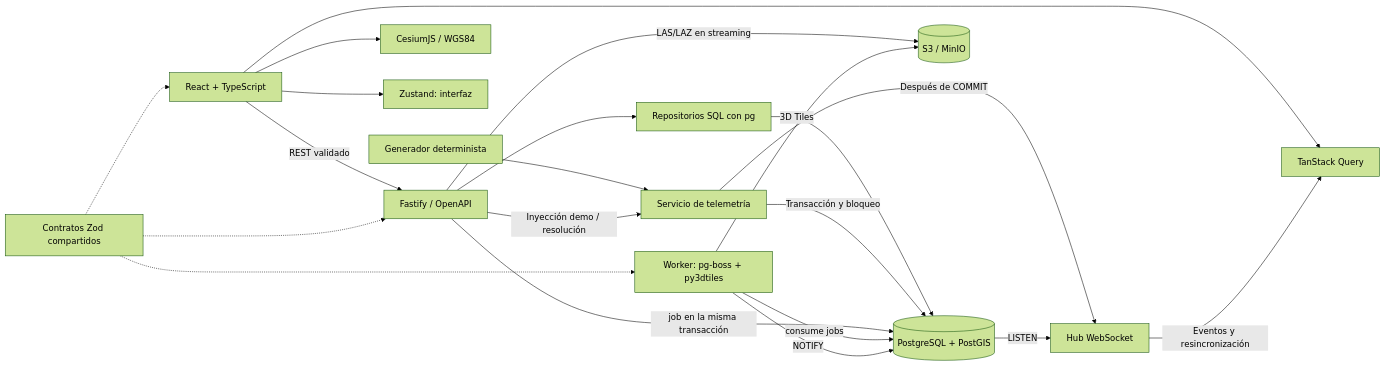
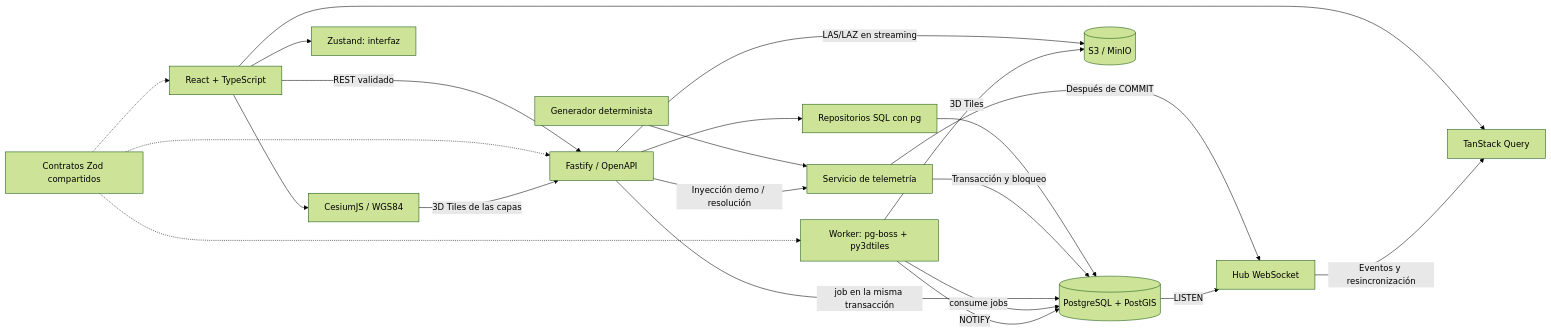
One commit to davidpalmerojara/geotwin changed the diagram in docs/architecture.md. Above: the diagram before and after it, drawn with Mermaid (forest theme). The commit also changed other lines of this file and 7 other files, not shown here.

````diff
--- a/docs/architecture.md
+++ b/docs/architecture.md
@@ -3,23 +3,24 @@
 ```mermaid
 flowchart LR
   Browser[React + TypeScript] -->|REST validado| API[Fastify / OpenAPI]
   Browser --> Cesium[CesiumJS / WGS84]
   Browser --> Query[TanStack Query]
   Browser --> UI[Zustand: interfaz]
   API --> Repo[Repositorios SQL con pg]
   Repo --> DB[(PostgreSQL + PostGIS)]
   Simulator[Generador determinista] --> Service[Servicio de telemetría]
   API -->|Inyección demo / resolución| Service
   Service -->|Transacción y bloqueo| DB
   Service -->|Después de COMMIT| Hub[Hub WebSocket]
   Hub -->|Eventos y resincronización| Query
   Shared[Contratos Zod compartidos] -.-> API
   Shared -.-> Browser
   API -->|LAS/LAZ en streaming| S3[(S3 / MinIO)]
   API -->|job en la misma transacción| DB
   Worker[Worker: pg-boss + py3dtiles] -->|consume jobs| DB
   Worker -->|3D Tiles| S3
   Worker -->|NOTIFY| DB
   DB -->|LISTEN| Hub
   Shared -.-> Worker
+  Cesium -->|3D Tiles de las capas| API
 ```
````
